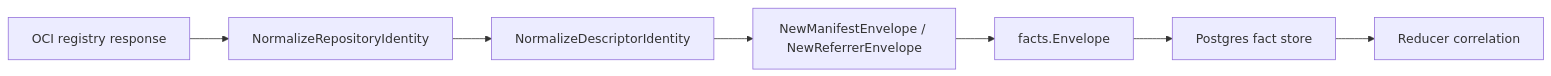
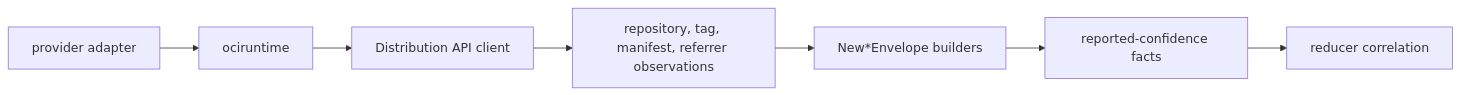
Before and after one commit to eshu-hq/eshu: the diagram in go/internal/collector/ociregistry/README.md, drawn with Mermaid. The commit also changed other lines of this file and 584 other files, not shown here.

Commit message:
Rework documentation information architecture

````diff
--- a/go/internal/collector/ociregistry/README.md
+++ b/go/internal/collector/ociregistry/README.md
@@ -25,9 +13,9 @@
 ```mermaid
 flowchart LR
-  A["OCI registry response"] --> B["NormalizeRepositoryIdentity"]
-  B --> C["NormalizeDescriptorIdentity"]
-  C --> D["NewManifestEnvelope / NewReferrerEnvelope"]
-  D --> E["facts.Envelope"]
-  E --> F["Postgres fact store"]
-  F --> G["Reducer correlation"]
+  Provider["provider adapter"] --> Runtime["ociruntime"]
+  Runtime --> Distribution["Distribution API client"]
+  Distribution --> Observations["repository, tag, manifest, referrer observations"]
+  Observations --> Envelopes["New*Envelope builders"]
+  Envelopes --> Facts["reported-confidence facts"]
+  Facts --> Reducer["reducer correlation"]
 ```
````
